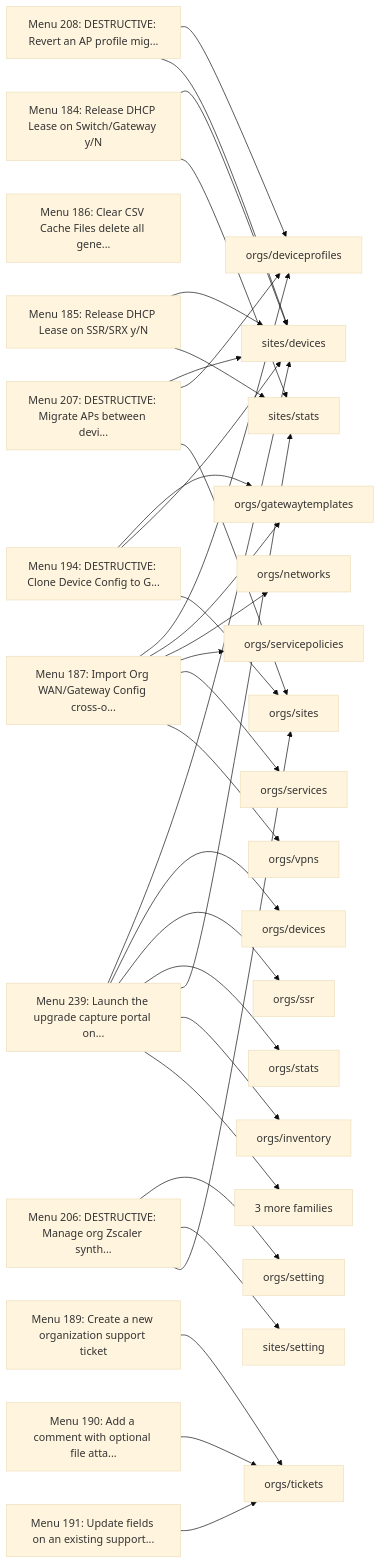
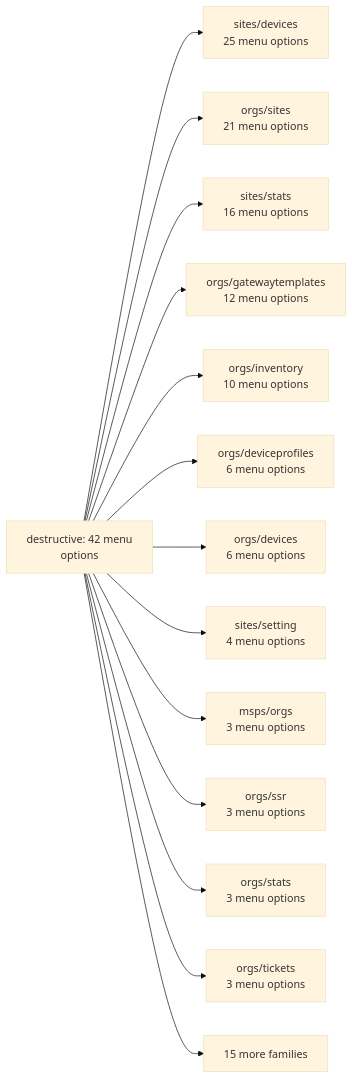
Before and after one commit to jmorrison-juniper/MistHelper: the first of 41 diagrams in documentation/menu-api/destructive.md, drawn with Mermaid (base theme). The commit also changed other lines of this file and 19 other files, not shown here.

First line of the commit message:
docs(menu-api): fit the Mermaid diagrams to the wiki column

````diff
--- a/documentation/menu-api/destructive.md
+++ b/documentation/menu-api/destructive.md
@@ -175,62 +19,17 @@
 ```mermaid
 flowchart LR
-    m184["Menu 184: Release DHCP Lease on Switch/Gateway y/N"]
-    m184 --> f_sites_devices
-    m184 --> f_sites_stats
-    m185["Menu 185: Release DHCP Lease on SSR/SRX y/N"]
-    m185 --> f_sites_devices
-    m185 --> f_sites_stats
-    m186["Menu 186: Clear CSV Cache Files delete all gene..."]
-    m187["Menu 187: Import Org WAN/Gateway Config cross-o..."]
-    m187 --> f_orgs_deviceprofiles
-    m187 --> f_orgs_gatewaytemplates
-    m187 --> f_orgs_networks
-    m187 --> f_orgs_servicepolicies
-    m187 --> f_orgs_services
-    m187 --> f_orgs_vpns
-    m189["Menu 189: Create a new organization support ticket"]
-    m189 --> f_orgs_tickets
-    m190["Menu 190: Add a comment with optional file atta..."]
-    m190 --> f_orgs_tickets
-    m191["Menu 191: Update fields on an existing support..."]
-    m191 --> f_orgs_tickets
-    m194["Menu 194: DESTRUCTIVE: Clone Device Config to G..."]
-    m194 --> f_orgs_gatewaytemplates
-    m194 --> f_sites_devices
-    m194 --> f_orgs_sites
-    m206["Menu 206: DESTRUCTIVE: Manage org Zscaler synth..."]
-    m206 --> f_orgs_setting
-    m206 --> f_sites_setting
-    m206 --> f_orgs_sites
-    m207["Menu 207: DESTRUCTIVE: Migrate APs between devi..."]
-    m207 --> f_sites_devices
-    m207 --> f_orgs_deviceprofiles
-    m207 --> f_orgs_sites
-    m208["Menu 208: DESTRUCTIVE: Revert an AP profile mig..."]
-    m208 --> f_orgs_deviceprofiles
-    m208 --> f_sites_devices
-    m239["Menu 239: Launch the upgrade capture portal on..."]
-    m239 --> f_sites_devices
-    m239 --> f_orgs_devices
-    m239 --> f_orgs_ssr
-    m239 --> f_orgs_stats
-    m239 --> f_sites_stats
-    m239 --> f_orgs_inventory
-    m239 --> more239["3 more families"]
-    f_orgs_deviceprofiles["orgs/deviceprofiles"]
-    f_orgs_devices["orgs/devices"]
-    f_orgs_gatewaytemplates["orgs/gatewaytemplates"]
-    f_orgs_inventory["orgs/inventory"]
-    f_orgs_networks["orgs/networks"]
-    f_orgs_servicepolicies["orgs/servicepolicies"]
-    f_orgs_services["orgs/services"]
-    f_orgs_setting["orgs/setting"]
-    f_orgs_sites["orgs/sites"]
-    f_orgs_ssr["orgs/ssr"]
-    f_orgs_stats["orgs/stats"]
-    f_orgs_tickets["orgs/tickets"]
-    f_orgs_vpns["orgs/vpns"]
-    f_sites_devices["sites/devices"]
-    f_sites_setting["sites/setting"]
-    f_sites_stats["sites/stats"]
+    root["destructive: 42 menu<br/>options"]
+    root --> f_sites_devices["sites/devices<br/>25 menu options"]
+    root --> f_orgs_sites["orgs/sites<br/>21 menu options"]
+    root --> f_sites_stats["sites/stats<br/>16 menu options"]
+    root --> f_orgs_gatewaytemplates["orgs/gatewaytemplates<br/>12 menu options"]
+    root --> f_orgs_inventory["orgs/inventory<br/>10 menu options"]
+    root --> f_orgs_deviceprofiles["orgs/deviceprofiles<br/>6 menu options"]
+    root --> f_orgs_devices["orgs/devices<br/>6 menu options"]
+    root --> f_sites_setting["sites/setting<br/>4 menu options"]
+    root --> f_msps_orgs["msps/orgs<br/>3 menu options"]
+    root --> f_orgs_ssr["orgs/ssr<br/>3 menu options"]
+    root --> f_orgs_stats["orgs/stats<br/>3 menu options"]
+    root --> f_orgs_tickets["orgs/tickets<br/>3 menu options"]
+    root --> more["15 more families"]
 ```
````
